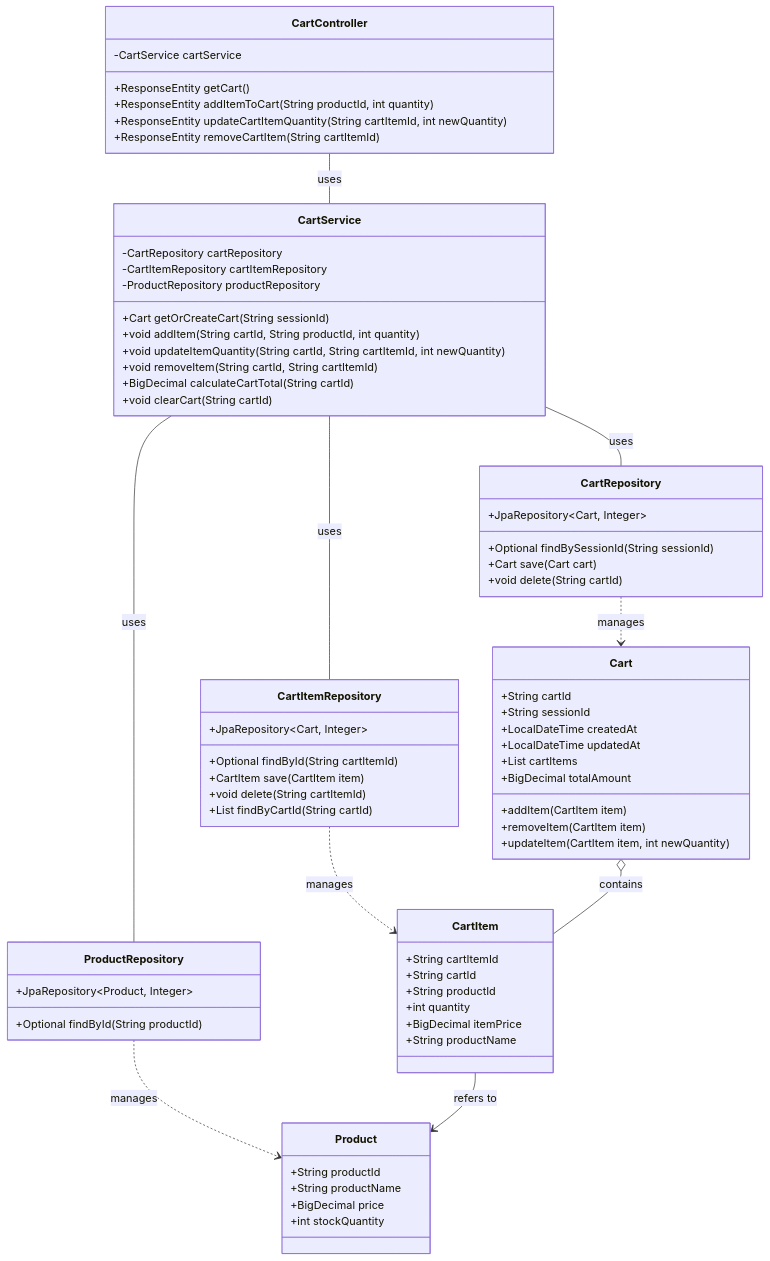
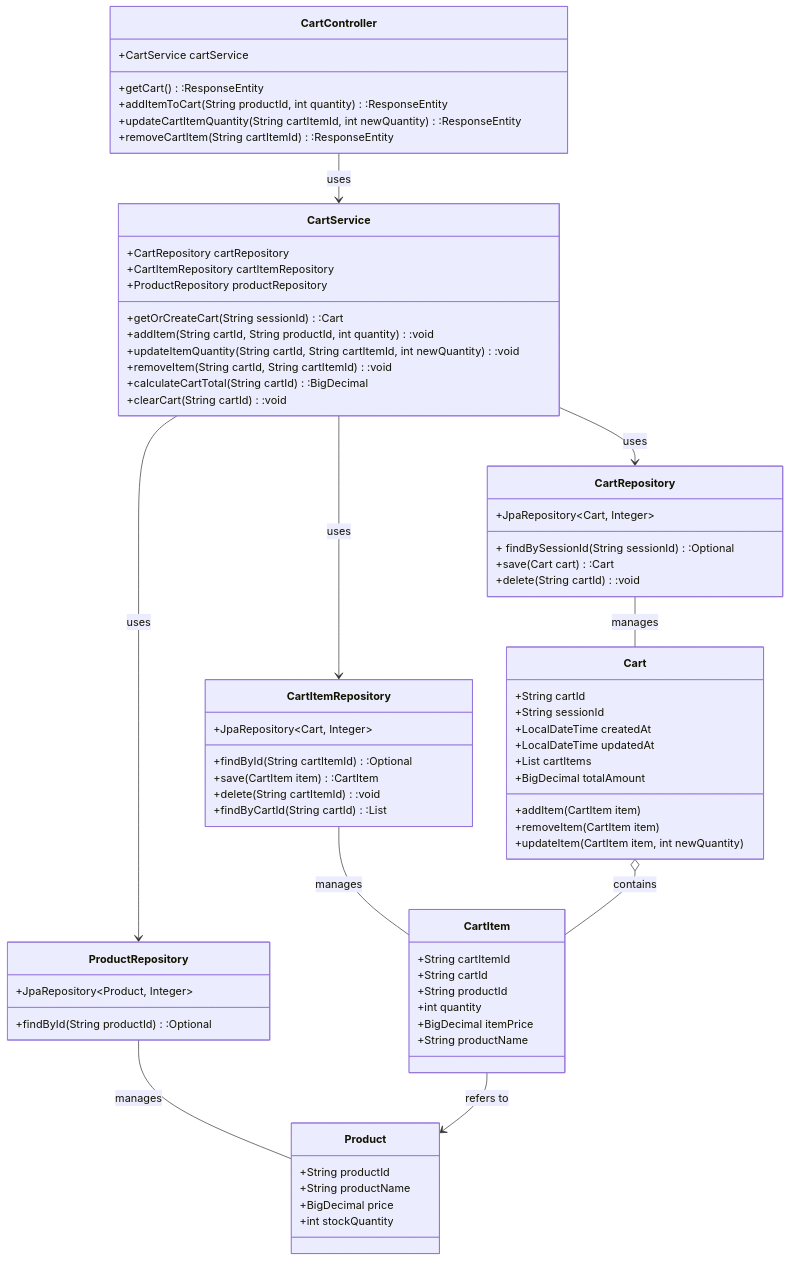
Before and after one commit to ainaga09/ACE: the third of 4 diagrams in 基本設計/はじめに.md, drawn with Mermaid. The commit also changed other lines of this file, not shown here.

```diff
--- a/基本設計/はじめに.md
+++ b/基本設計/はじめに.md
@@ -171,75 +186,75 @@
 <div class="mermaid">
 classDiagram
-    CartController -- CartService : uses
-    CartService -- CartRepository : uses
-    CartService -- CartItemRepository : uses
-    CartService -- ProductRepository : uses
+    CartController --> CartService : uses
+    CartService --> CartRepository : uses
+    CartService --> CartItemRepository : uses
+    CartService --> ProductRepository : uses
 
-    CartRepository ..> Cart : manages
-    CartItemRepository ..> CartItem : manages
-    ProductRepository ..> Product : manages
+    CartRepository -- Cart : manages
+    CartItemRepository -- CartItem : manages
+    ProductRepository -- Product : manages
 
     Cart o-- CartItem : contains
     CartItem --> Product : refers to
 
     class CartController {
-        -CartService cartService
-        +ResponseEntity<CartDTO> getCart()
-        +ResponseEntity<CartDTO> addItemToCart(String productId, int quantity)
-        +ResponseEntity<CartDTO> updateCartItemQuantity(String cartItemId, int newQuantity)
-        +ResponseEntity<CartDTO> removeCartItem(String cartItemId)
+        +CartService cartService
+        +getCart():ResponseEntity<CartDTO> 
+        +addItemToCart(String productId, int quantity):ResponseEntity<CartDTO> 
+        +updateCartItemQuantity(String cartItemId, int newQuantity):ResponseEntity<CartDTO> 
+        +removeCartItem(String cartItemId):ResponseEntity<CartDTO> 
     }
     class CartService {
-        -CartRepository cartRepository
-        -CartItemRepository cartItemRepository
-        -ProductRepository productRepository
-        +Cart getOrCreateCart(String sessionId)
-        +void addItem(String cartId, String productId, int quantity)
-        +void updateItemQuantity(String cartId, String cartItemId, int newQuantity)
-        +void removeItem(String cartId, String cartItemId)
-        +BigDecimal calculateCartTotal(String cartId)
-        +void clearCart(String cartId)
+        +CartRepository cartRepository
+        +CartItemRepository cartItemRepository
+        +ProductRepository productRepository
+        +getOrCreateCart(String sessionId):Cart 
+        +addItem(String cartId, String productId, int quantity):void 
+        +updateItemQuantity(String cartId, String cartItemId, int newQuantity):void 
+        +removeItem(String cartId, String cartItemId):void 
+        +calculateCartTotal(String cartId):BigDecimal 
+        +clearCart(String cartId):void 
     }
     class CartRepository {
         +JpaRepository~Cart, Integer~
-        +Optional<Cart> findBySessionId(String sessionId)
-        +Cart save(Cart cart)
-        +void delete(String cartId)
+        + findBySessionId(String sessionId):Optional<Cart>
+        +save(Cart cart):Cart 
+        +delete(String cartId):void 
     }
     class CartItemRepository {
         +JpaRepository~Cart, Integer~
-        +Optional<CartItem> findById(String cartItemId)
-        +CartItem save(CartItem item)
-        +void delete(String cartItemId)
-        +List<CartItem> findByCartId(String cartId)
+        +findById(String cartItemId):Optional<CartItem> 
+        +save(CartItem item):CartItem 
+        +delete(String cartItemId):void 
+        +findByCartId(String cartId):List<CartItem> 
     }
     class ProductRepository {
         +JpaRepository~Product, Integer~
-        +Optional<Product> findById(String productId)
+        +findById(String productId):Optional<Product> 
     }
     class Cart {
         +String cartId
         +String sessionId
         +LocalDateTime createdAt
         +LocalDateTime updatedAt
         +List<CartItem> cartItems
         +BigDecimal totalAmount
         +addItem(CartItem item)
         +removeItem(CartItem item)
         +updateItem(CartItem item, int newQuantity)
     }
     class CartItem {
         +String cartItemId
         +String cartId
         +String productId
         +int quantity
         +BigDecimal itemPrice
         +String productName
     }
     class Product {
         +String productId
         +String productName
         +BigDecimal price
         +int stockQuantity
     }
 </div>
```
